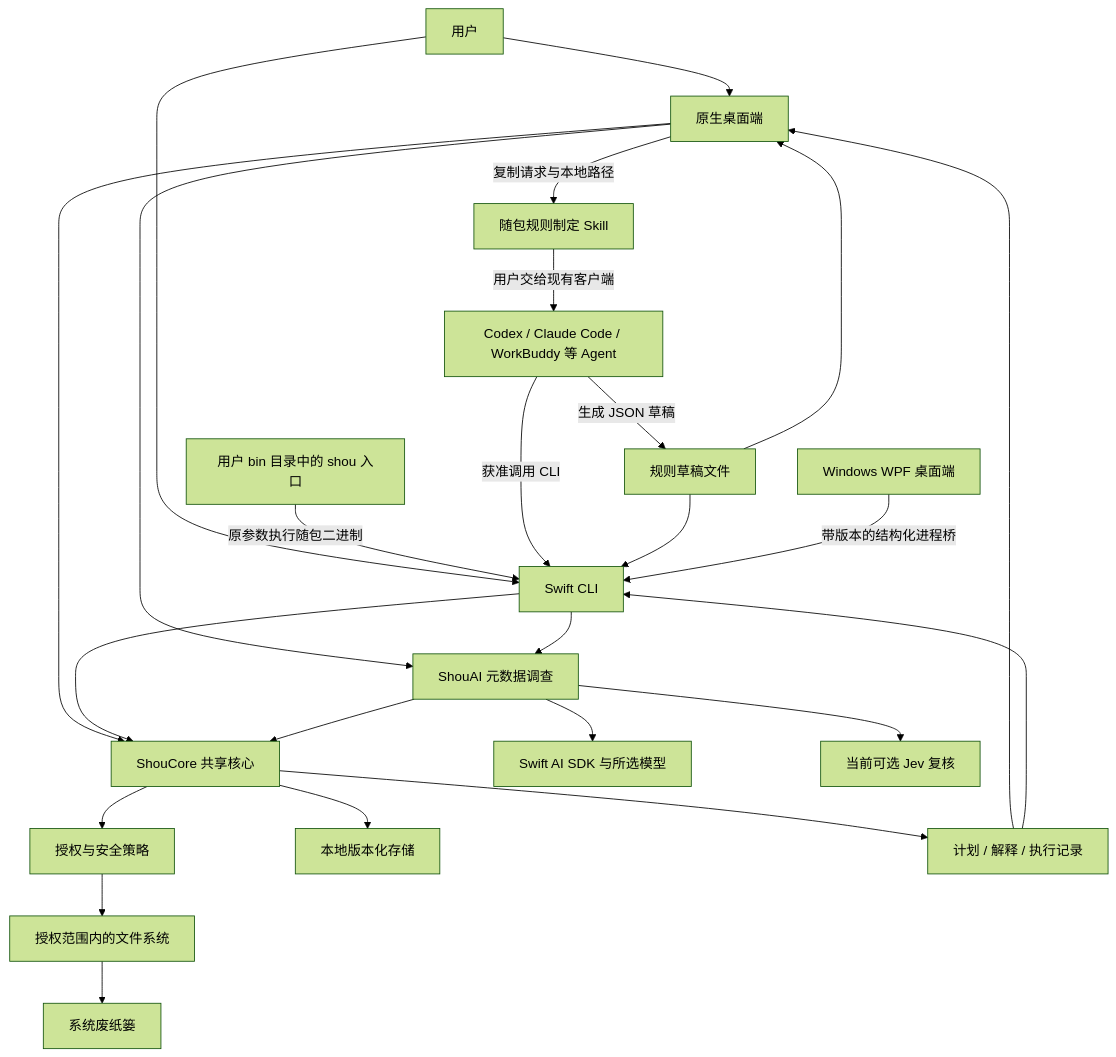
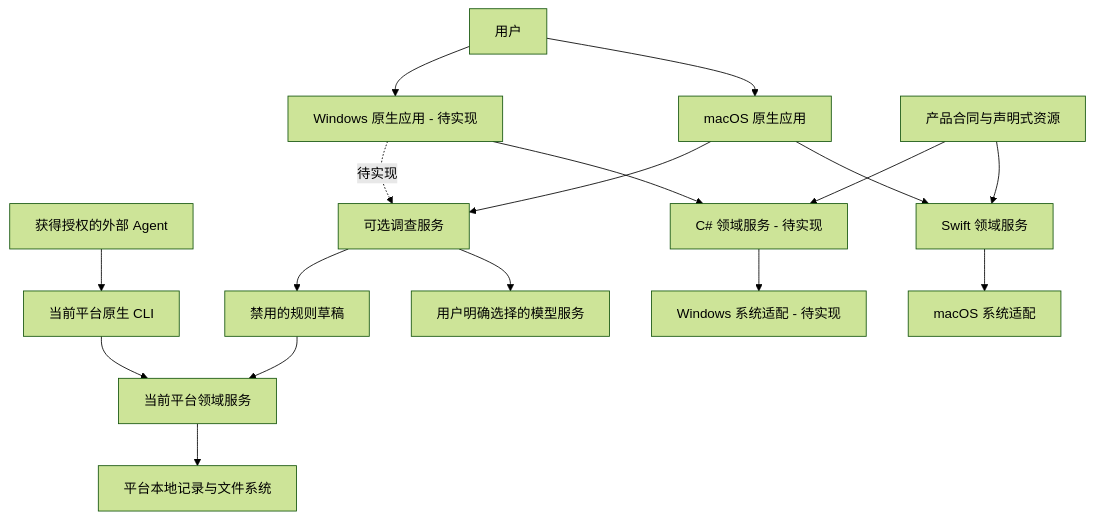
Before and after one commit to limecloud/shou: the first of 3 diagrams in docs/zh-CN/architecture/system-design.md, drawn with Mermaid (forest theme). The commit also changed other lines of this file and 312 other files, not shown here.

````diff
--- a/docs/zh-CN/architecture/system-design.md
+++ b/docs/zh-CN/architecture/system-design.md
@@ -22,27 +9,19 @@
 ```mermaid
 flowchart TB
-    User[用户] --> GUI[原生桌面端]
-    User --> CLI[Swift CLI]
-    Terminal[用户 bin 目录中的 shou 入口] -->|原参数执行随包二进制| CLI
-    GUI -->|复制请求与本地路径| Skill[随包规则制定 Skill]
-    Skill -->|用户交给现有客户端| Agents
-    Agents[Codex / Claude Code / WorkBuddy 等 Agent] -->|获准调用 CLI| CLI
-    Agents -->|生成 JSON 草稿| Drafts[规则草稿文件]
-    Drafts --> GUI
-    Drafts --> CLI
-    GUI --> Core[ShouCore 共享核心]
-    CLI --> Core
-    GUI --> AI[ShouAI 元数据调查]
-    CLI --> AI
-    AI --> Core
-    AI --> SDK[Swift AI SDK 与所选模型]
-    AI --> Jev[当前可选 Jev 复核]
-    Windows[Windows WPF 桌面端] -->|带版本的结构化进程桥| CLI
-    Core --> Policy[授权与安全策略]
-    Core --> Store[本地版本化存储]
-    Policy --> FS[授权范围内的文件系统]
-    FS --> Trash[系统废纸篓]
-    Core --> Results[计划 / 解释 / 执行记录]
-    Results --> GUI
-    Results --> CLI
+    User[用户] --> Mac[macOS 原生应用]
+    User --> Win[Windows 原生应用 - 待实现]
+    Agent[获得授权的外部 Agent] --> CLI[当前平台原生 CLI]
+    Mac --> Swift[Swift 领域服务]
+    Win --> CS[C# 领域服务 - 待实现]
+    CLI --> Services[当前平台领域服务]
+    Swift --> MacOS[macOS 系统适配]
+    CS --> Windows[Windows 系统适配 - 待实现]
+    Shared[产品合同与声明式资源] --> Swift
+    Shared --> CS
+    Services --> Local[平台本地记录与文件系统]
+    Mac --> AI[可选调查服务]
+    Win -.待实现.-> AI
+    AI --> Provider[用户明确选择的模型服务]
+    AI --> Draft[禁用的规则草稿]
+    Draft --> Services
 ```
````
